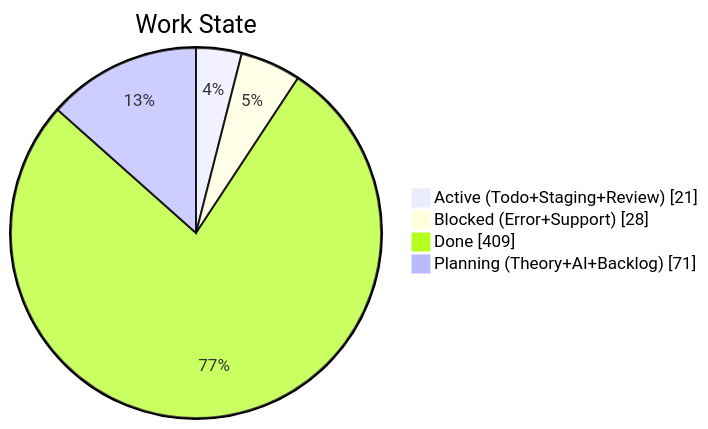
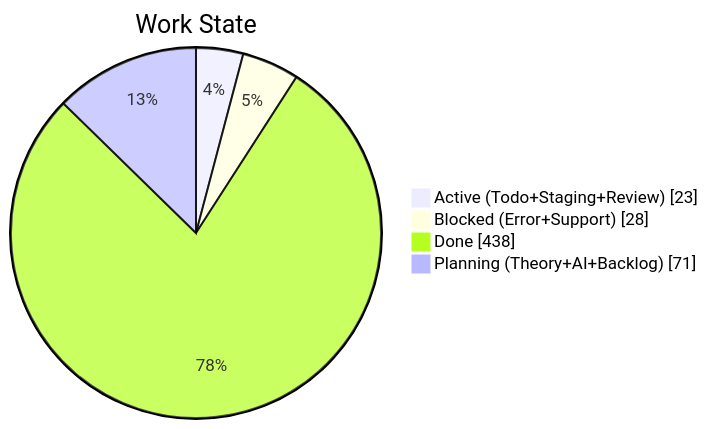
One commit to KBVE/kbve changed the second of 4 diagrams in apps/kbve/astro-kbve/src/content/docs/dashboard/kanban-data.mdx. Above: the diagram before and after it, drawn with Mermaid. The commit also changed other lines of this file and 8 other files, not shown here.

````diff
--- a/apps/kbve/astro-kbve/src/content/docs/dashboard/kanban-data.mdx
+++ b/apps/kbve/astro-kbve/src/content/docs/dashboard/kanban-data.mdx
@@ -68,8 +68,8 @@
 ```mermaid
 pie showData
     title Work State
-    "Active (Todo+Staging+Review)" : 21
+    "Active (Todo+Staging+Review)" : 23
     "Blocked (Error+Support)" : 28
-    "Done" : 409
+    "Done" : 438
     "Planning (Theory+AI+Backlog)" : 71
 ```
````
